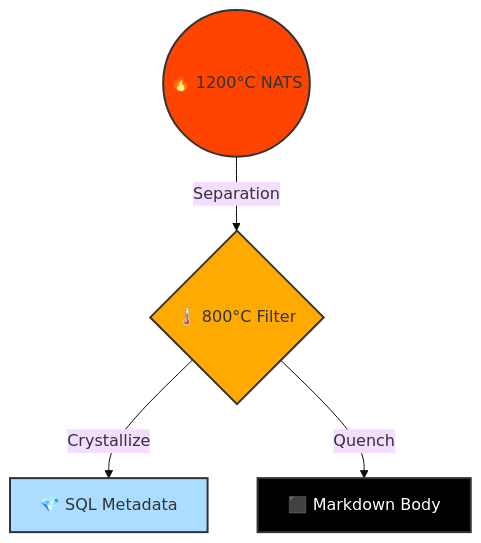
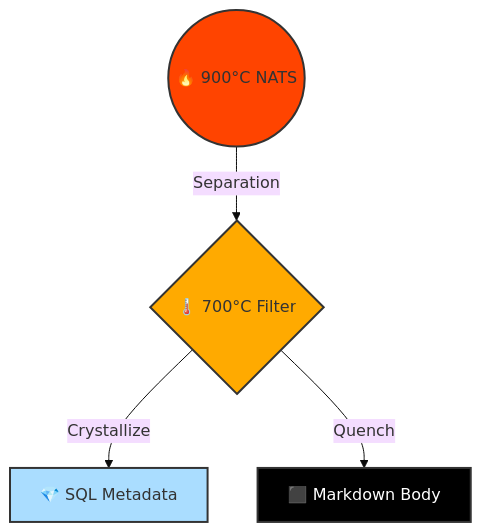
Before and after one commit to TTaoGaming/hfo_2025_11: the third of 4 diagrams in brain/design_obsidian_thermodynamics.md, drawn with Mermaid (base theme). The commit also changed other lines of this file, not shown here.

````diff
--- a/brain/design_obsidian_thermodynamics.md
+++ b/brain/design_obsidian_thermodynamics.md
@@ -71,10 +71,10 @@
 ```mermaid
 graph TD
-    A((🔥 1200°C NATS)) -->|Separation| B{🌡️ 800°C Filter}
+    A((🔥 900°C NATS)) -->|Separation| B{🌡️ 700°C Filter}
     B -->|Crystallize| C[💎 SQL Metadata]
     B -->|Quench| D[⬛ Markdown Body]
     style A fill:#ff4400,stroke:#333,stroke-width:2px
     style B fill:#ffaa00,stroke:#333,stroke-width:2px
     style C fill:#aaddff,stroke:#333,stroke-width:2px
     style D fill:#000000,stroke:#333,stroke-width:2px,color:#fff
 ```
````
